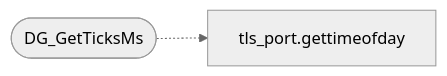
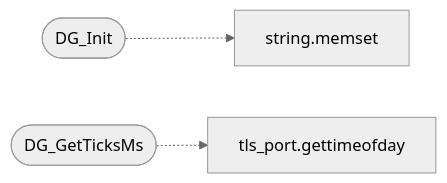
Before and after one commit to grisuno/miniOS: the diagram in readmenator-apidocs/modules/progs.doomgeneric.doomgeneric_xlib.c.md, drawn with Mermaid (neutral theme). The commit also changed other lines of this file and 222 other files, not shown here.

````diff
--- a/readmenator-apidocs/modules/progs.doomgeneric.doomgeneric_xlib.c.md
+++ b/readmenator-apidocs/modules/progs.doomgeneric.doomgeneric_xlib.c.md
@@ -14,6 +14,9 @@
 ```mermaid
 flowchart LR
+    n_progs_doomgeneric_doomgeneric_xlib_c__DG_Init(["DG_Init"])
+    n_kernel_string_c__memset["string.memset"]
     n_progs_doomgeneric_doomgeneric_xlib_c__DG_GetTicksMs(["DG_GetTicksMs"])
     n_headers_tls_port_h__gettimeofday["tls_port.gettimeofday"]
+    n_progs_doomgeneric_doomgeneric_xlib_c__DG_Init -.-> n_kernel_string_c__memset
     n_progs_doomgeneric_doomgeneric_xlib_c__DG_GetTicksMs -.-> n_headers_tls_port_h__gettimeofday
 ```
````
